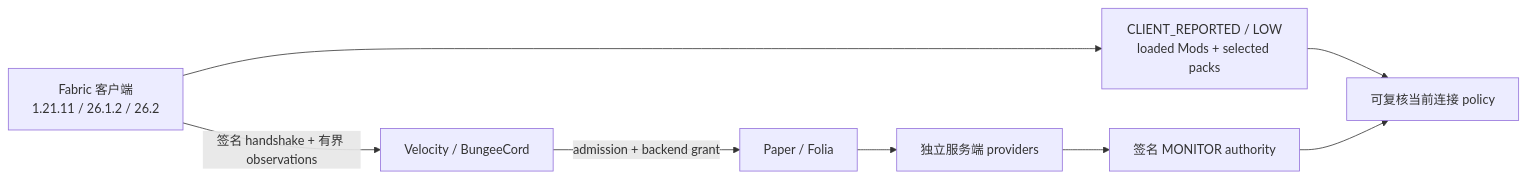
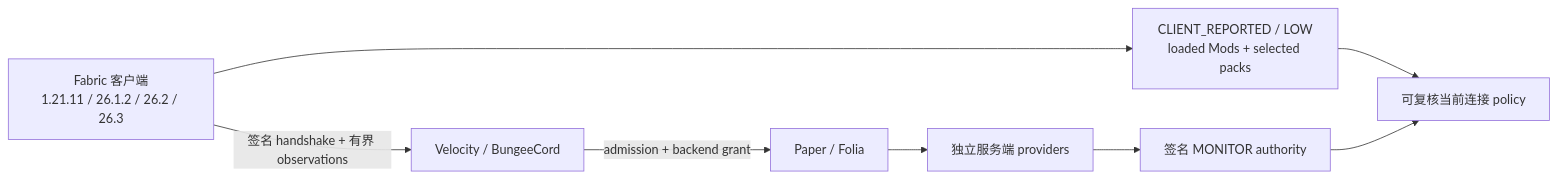
Before and after one commit to TypeThe0ry/MCAce: the diagram in README_CN.md, drawn with Mermaid. The commit also changed other lines of this file and 42 other files, not shown here.

````diff
--- a/README_CN.md
+++ b/README_CN.md
@@ -594,18 +603,18 @@
 ```mermaid
 flowchart LR
-  C[Fabric 客户端\n1.21.11 / 26.1.2 / 26.2]
+  C[Fabric 客户端\n1.21.11 / 26.1.2 / 26.2 / 26.3]
   P[Velocity / BungeeCord]
   B[Paper / Folia]
   O[CLIENT_REPORTED / LOW\nloaded Mods + selected packs]
   S[独立服务端 providers]
   A[签名 MONITOR authority]
   R[可复核当前连接 policy]
 
   C -->|签名 handshake + 有界 observations| P
   P -->|admission + backend grant| B
   C --> O
   B --> S
   S --> A
   O --> R
   A --> R
 ```
````
